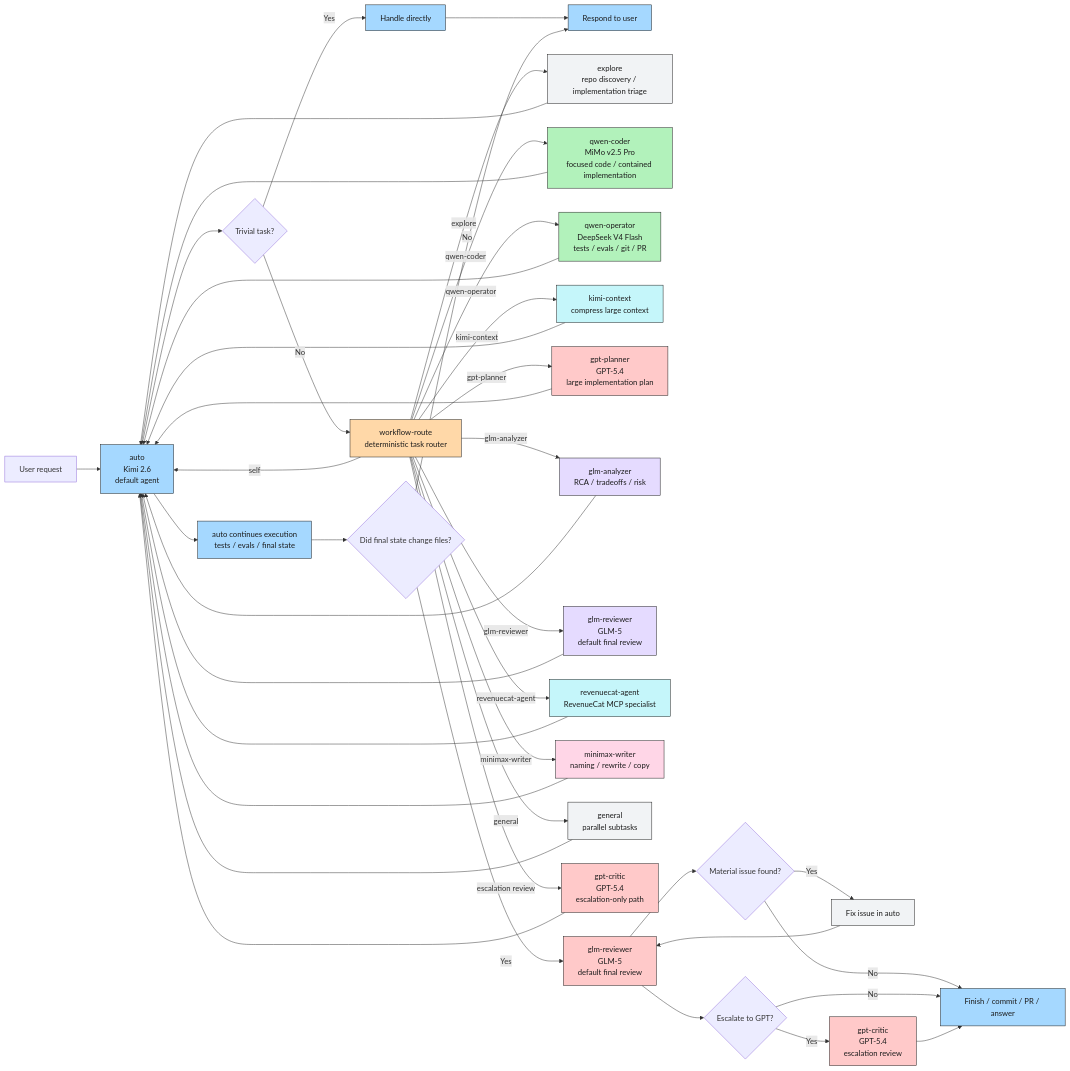
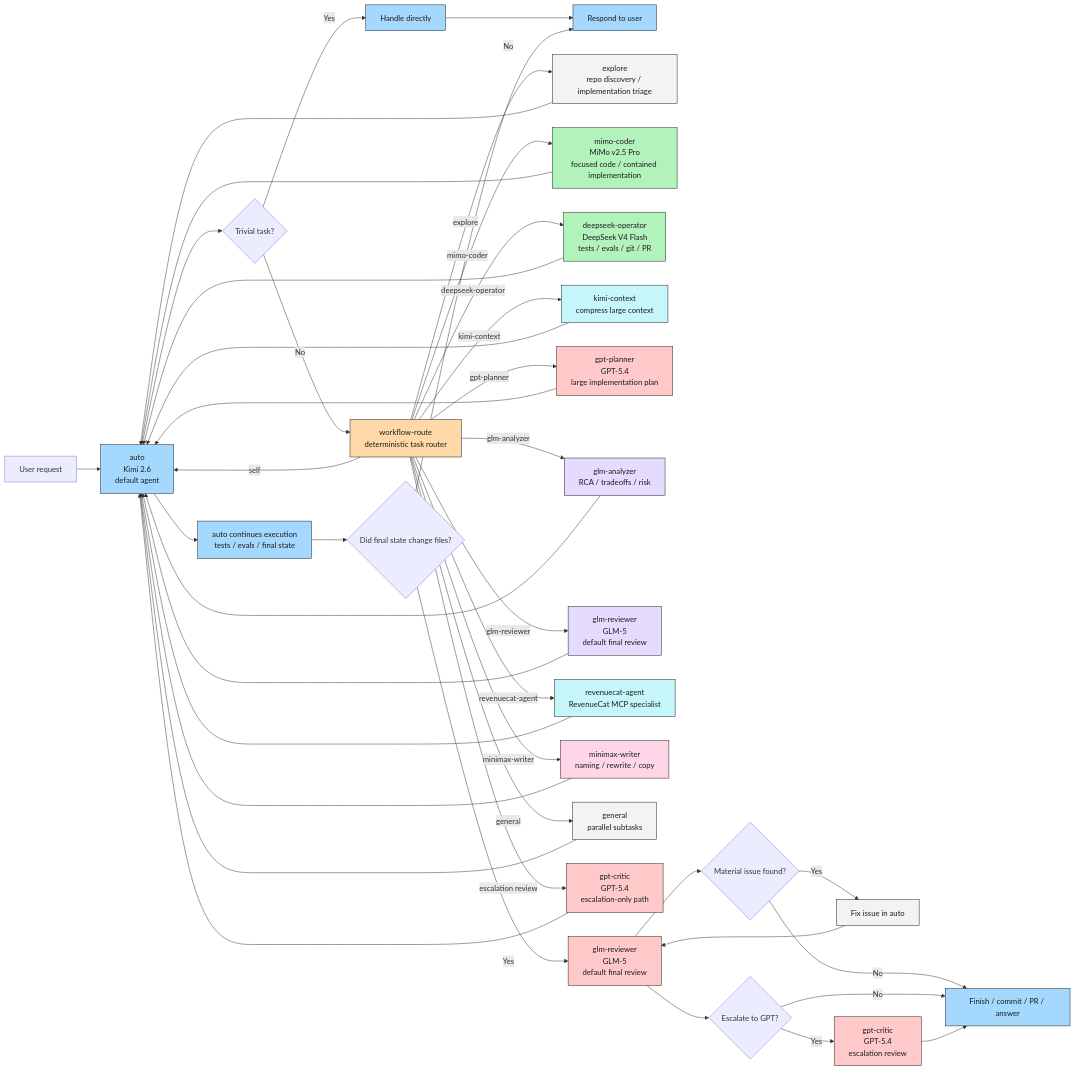
Before and after one commit to bpinheiroms/my-setup: the diagram in opencode/WORKFLOW_DIAGRAM.md, drawn with Mermaid. The commit also changed 6 other files, not shown here.

````diff
--- a/opencode/WORKFLOW_DIAGRAM.md
+++ b/opencode/WORKFLOW_DIAGRAM.md
@@ -9,72 +9,72 @@
 ```mermaid
 flowchart LR
     U[User request] --> A[auto<br/>Kimi 2.6<br/>default agent]
 
     A --> T{Trivial task?}
     T -->|Yes| D[Handle directly]
     D --> R[Respond to user]
 
     T -->|No| WR[workflow-route<br/>deterministic task router]
 
     WR -->|self| A
     WR -->|explore| EX[explore<br/>repo discovery / implementation triage]
-    WR -->|qwen-coder| QC[qwen-coder<br/>MiMo v2.5 Pro<br/>focused code / contained implementation]
-    WR -->|qwen-operator| QO[qwen-operator<br/>DeepSeek V4 Flash<br/>tests / evals / git / PR]
+    WR -->|mimo-coder| QC[mimo-coder<br/>MiMo v2.5 Pro<br/>focused code / contained implementation]
+    WR -->|deepseek-operator| QO[deepseek-operator<br/>DeepSeek V4 Flash<br/>tests / evals / git / PR]
     WR -->|kimi-context| KC[kimi-context<br/>compress large context]
     WR -->|gpt-planner| PL[gpt-planner<br/>GPT-5.4<br/>large implementation plan]
     WR -->|glm-analyzer| GA[glm-analyzer<br/>RCA / tradeoffs / risk]
     WR -->|glm-reviewer| GV[glm-reviewer<br/>GLM-5<br/>default final review]
     WR -->|revenuecat-agent| RC[revenuecat-agent<br/>RevenueCat MCP specialist]
     WR -->|minimax-writer| MW[minimax-writer<br/>naming / rewrite / copy]
     WR -->|general| GE[general<br/>parallel subtasks]
     WR -->|escalation review| CR[gpt-critic<br/>GPT-5.4<br/>escalation-only path]
 
     EX --> A
     QC --> A
     QO --> A
     KC --> A
     PL --> A
     GA --> A
     GV --> A
     RC --> A
     MW --> A
     GE --> A
     CR --> A
 
     A --> E[auto continues execution<br/>tests / evals / final state]
     E --> C{Did final state change files?}
 
     C -->|No| R
     C -->|Yes| G[glm-reviewer<br/>GLM-5<br/>default final review]
 
     G --> M{Material issue found?}
     M -->|No| F[Finish / commit / PR / answer]
     M -->|Yes| FX[Fix issue in auto]
     FX --> G
     G --> H{Escalate to GPT?}
     H -->|Yes| GP[gpt-critic<br/>GPT-5.4<br/>escalation review]
     H -->|No| F
     GP --> F
 
     classDef primary fill:#A5D8FF,stroke:#1c1c1c,color:#1c1c1c;
     classDef router fill:#FFD8A8,stroke:#1c1c1c,color:#1c1c1c;
     classDef code fill:#B2F2BB,stroke:#1c1c1c,color:#1c1c1c;
     classDef context fill:#C5F6FA,stroke:#1c1c1c,color:#1c1c1c;
     classDef analysis fill:#E5DBFF,stroke:#1c1c1c,color:#1c1c1c;
     classDef writing fill:#FFD6E7,stroke:#1c1c1c,color:#1c1c1c;
     classDef review fill:#FFC9C9,stroke:#1c1c1c,color:#1c1c1c;
     classDef neutral fill:#F1F3F5,stroke:#1c1c1c,color:#1c1c1c;
 
     class A,D,E,F,R primary;
     class WR router;
     class QC code;
     class QO code;
     class KC context;
     class PL review;
     class GA analysis;
     class GV analysis;
     class RC context;
     class MW writing;
     class G,GP,CR review;
     class EX,GE,FX neutral;
 ```
````
